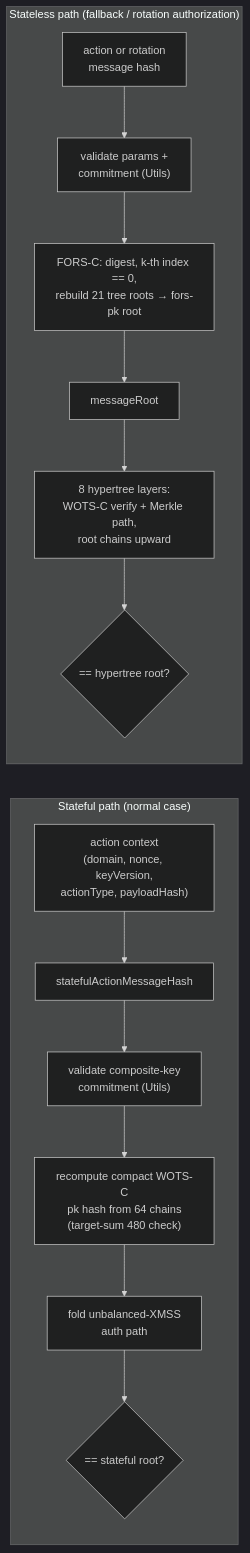
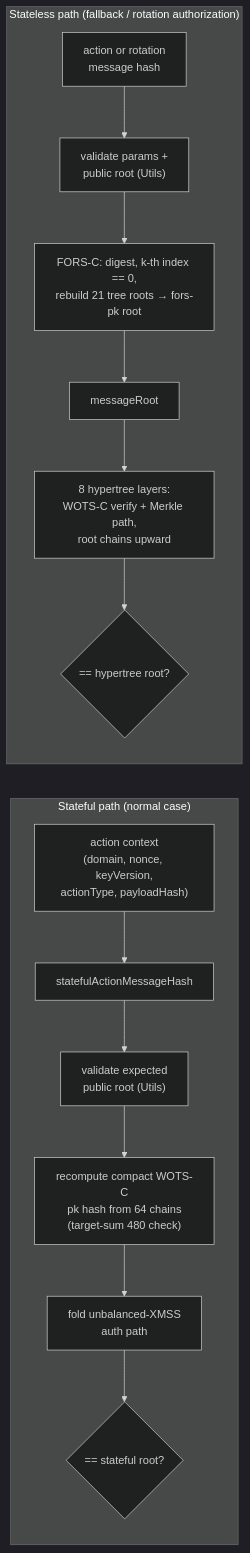
The first of 2 diagrams in README.md (QuipNetwork/hashsigs-solidity), drawn with Mermaid (dark theme) before and after one commit. The commit also changed other lines of this file and 9 other files, not shown here.

Commit message:
implemented SK.prf and combined SK.seed for FOTS and hypertree per FIPS/SHRINCS documentations, removed   composite public key

````diff
--- a/README.md
+++ b/README.md
@@ -26,18 +26,18 @@
 ```mermaid
 flowchart LR
     subgraph "Stateful path (normal case)"
         A1["action context<br/>(domain, nonce, keyVersion,<br/>actionType, payloadHash)"] --> A2["statefulActionMessageHash"]
-        A2 --> A3["validate composite-key<br/>commitment (Utils)"]
+        A2 --> A3["validate expected<br/>public root (Utils)"]
         A3 --> A4["recompute compact WOTS-C<br/>pk hash from 64 chains<br/>(target-sum 480 check)"]
         A4 --> A5["fold unbalanced-XMSS<br/>auth path"]
         A5 --> A6{"== stateful root?"}
     end
 
     subgraph "Stateless path (fallback / rotation authorization)"
-        B1["action or rotation<br/>message hash"] --> B2["validate params +<br/>commitment (Utils)"]
+        B1["action or rotation<br/>message hash"] --> B2["validate params +<br/>public root (Utils)"]
         B2 --> B3["FORS-C: digest, k-th index == 0,<br/>rebuild 21 tree roots → fors-pk root"]
         B3 --> B4["messageRoot"]
         B4 --> B5["8 hypertree layers:<br/>WOTS-C verify + Merkle path,<br/>root chains upward"]
         B5 --> B6{"== hypertree root?"}
     end
 ```
````
